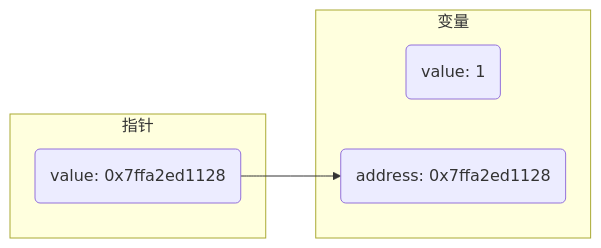
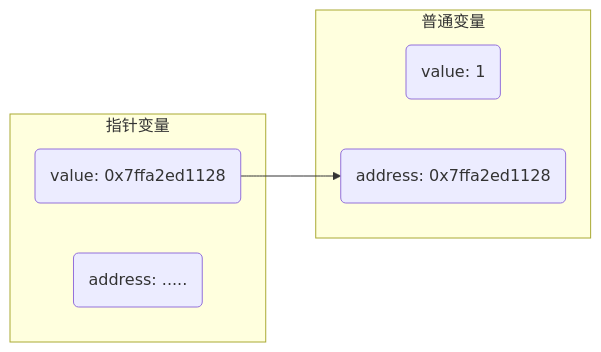
One commit to dmjcb/dmjcb.github.io changed the second of 12 diagrams in _posts/c_c++/pointer/2022-01-08-pointer.md. Above: the diagram before and after it, drawn with Mermaid. The commit also changed other lines of this file and 26 other files, not shown here.

````diff
--- a/_posts/c_c++/pointer/2022-01-08-pointer.md
+++ b/_posts/c_c++/pointer/2022-01-08-pointer.md
@@ -17,11 +33,12 @@
 ```mermaid
 graph LR;
-    subgraph a[变量]
+    subgraph a[普通变量]
         V2(value: 1)
         A2(address: 0x7ffa2ed1128)
     end
-    subgraph p[指针]
+    subgraph p[指针变量]
         V1(value: 0x7ffa2ed1128)
+        A1(address: .....)
     end
     V1-->A2
 ```
````
